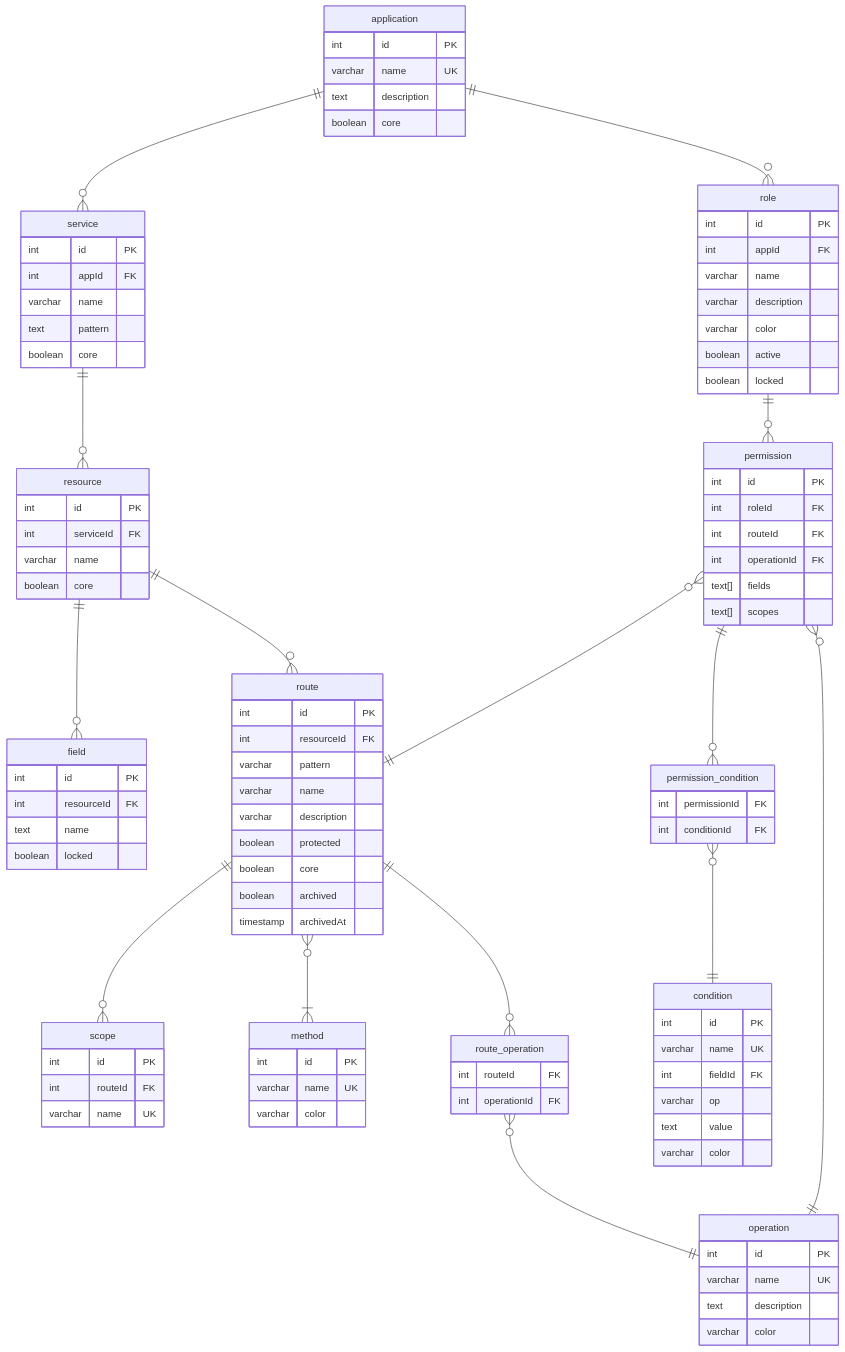
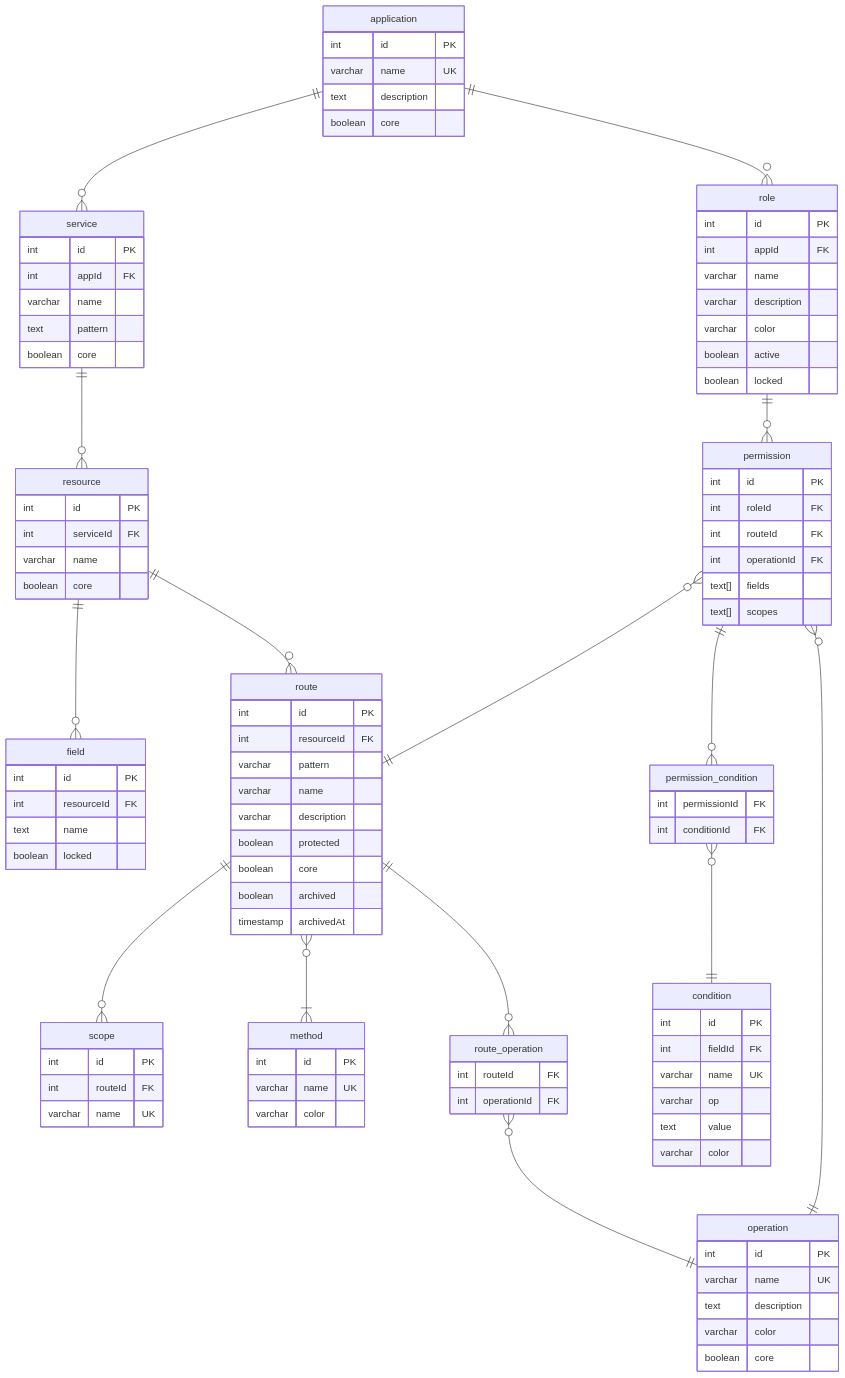
Before and after one commit to ALTEN-group/Gatelin: the first of 2 diagrams in doc/erd.md, drawn with Mermaid. The commit also changed 11 other files, not shown here.

```diff
--- a/doc/erd.md
+++ b/doc/erd.md
@@ -60,8 +60,8 @@
 
   condition {
     int id PK
+    int fieldId FK
     varchar name UK
-    int fieldId FK
     varchar op
     text value
     varchar color
@@ -105,6 +105,7 @@
     varchar name UK
     text description
     varchar color
+    boolean core
   }
 
   field {
```
